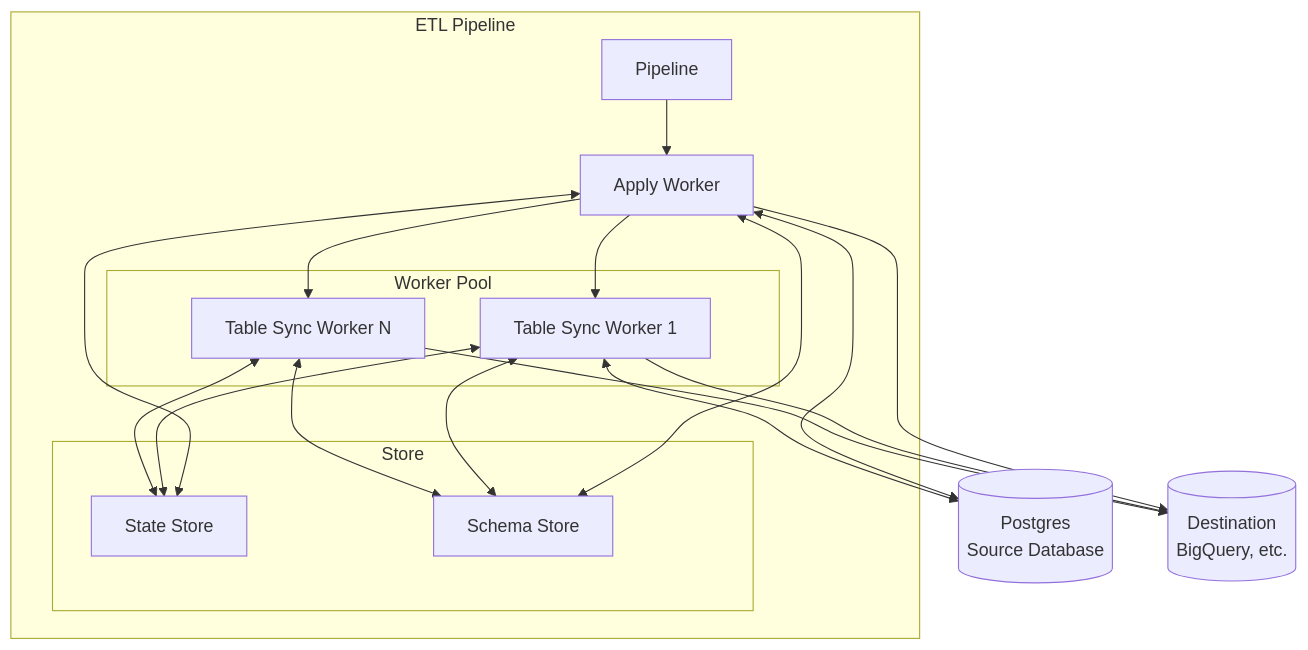
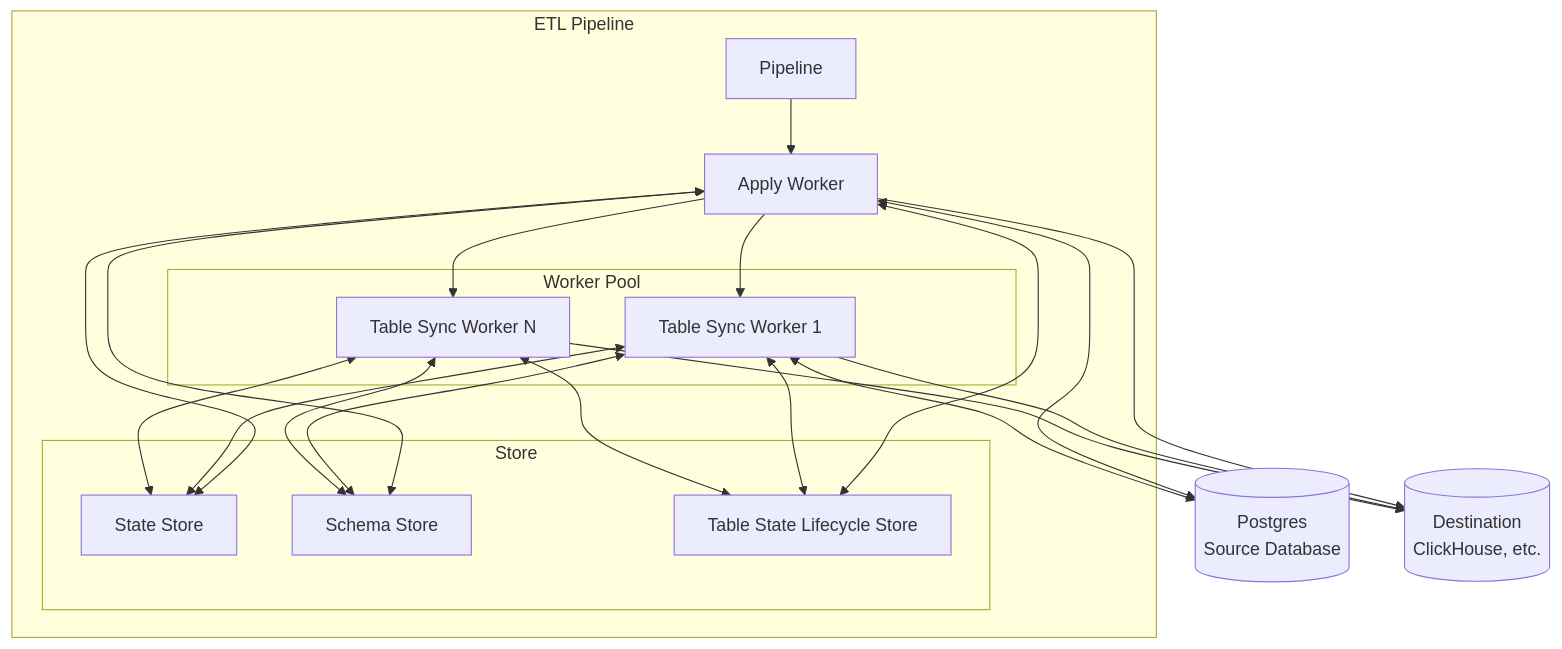
Before and after one commit to supabase/etl: the diagram in crates/etl/README.md, drawn with Mermaid. The commit also changed other lines of this file and 45 other files, not shown here.

````diff
--- a/crates/etl/README.md
+++ b/crates/etl/README.md
@@ -31,43 +44,47 @@
 ```mermaid
 graph TB
     subgraph "ETL Pipeline"
         Pipeline["Pipeline"]
 
         ApplyWorker["Apply Worker"]
 
         subgraph "Worker Pool"
             TSWorker1["Table Sync Worker 1"]
             TSWorkerN["Table Sync Worker N"]
         end
 
         subgraph "Store"
             StateStore["State Store"]
             SchemaStore["Schema Store"]
+            LifecycleStore["Table State Lifecycle Store"]
         end
     end
 
     PG[("Postgres<br/>Source Database")]
 
-    Destination[("Destination<br/>BigQuery, etc.")]
+    Destination[("Destination<br/>ClickHouse, etc.")]
 
     Pipeline --> ApplyWorker
 
     ApplyWorker --> TSWorker1
     ApplyWorker --> TSWorkerN
 
     ApplyWorker --> Destination
     TSWorker1 --> Destination
     TSWorkerN --> Destination
 
     ApplyWorker <--> PG
     TSWorker1 <--> PG
 
     ApplyWorker <--> StateStore
     ApplyWorker <--> SchemaStore
+    ApplyWorker <--> LifecycleStore
 
     TSWorker1 <--> StateStore
     TSWorker1 <--> SchemaStore
+    TSWorker1 <--> LifecycleStore
 
     TSWorkerN <--> StateStore
     TSWorkerN <--> SchemaStore
+    TSWorkerN <--> LifecycleStore
 ```
````
